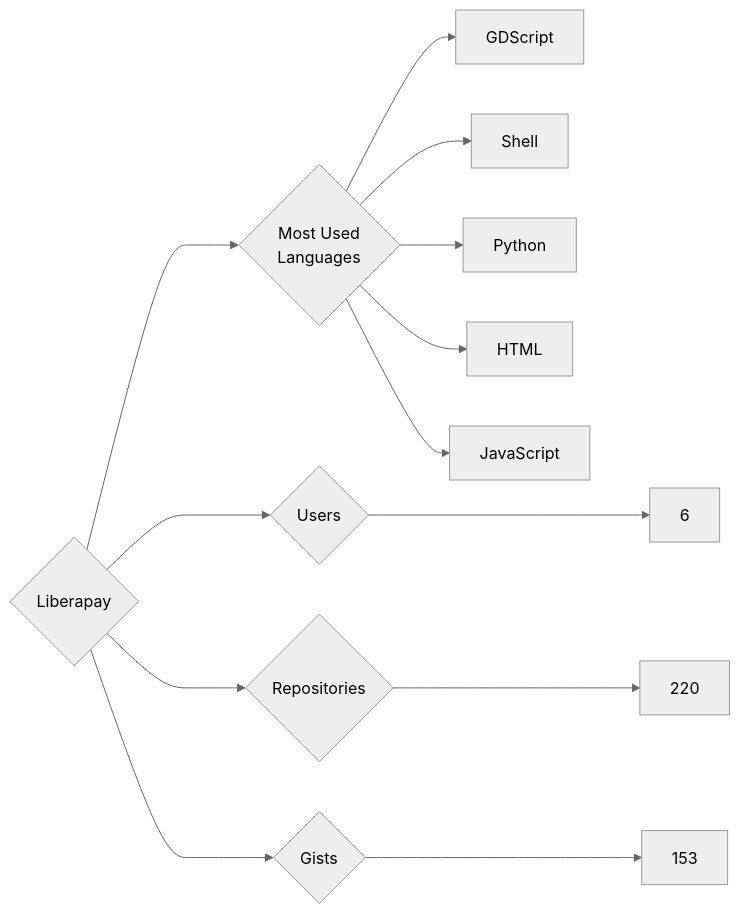
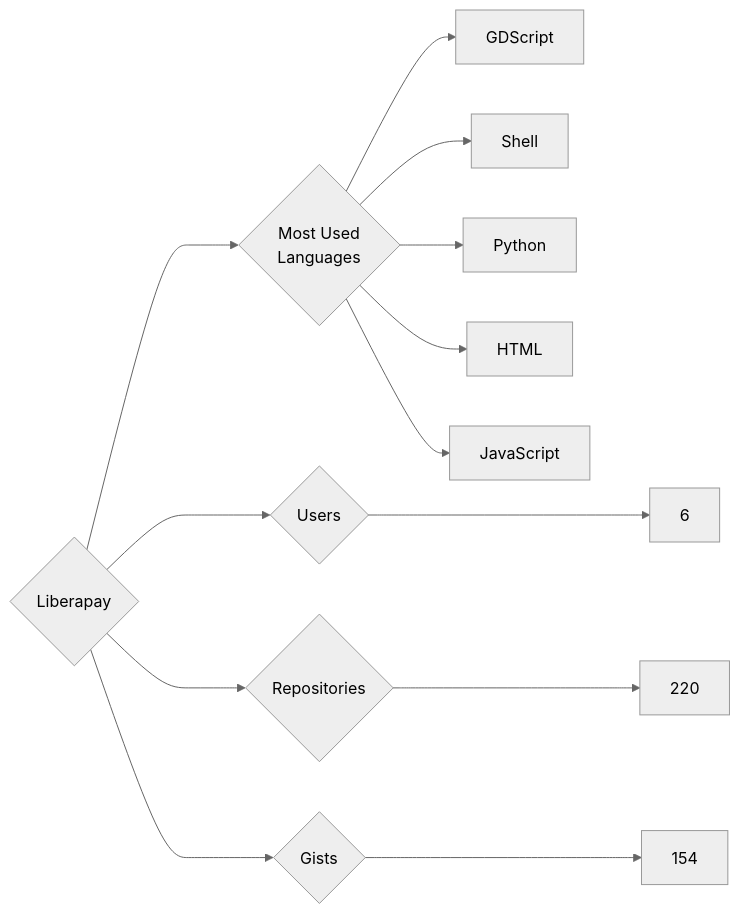
One commit to trickest/insiders changed the diagram in targets/Liberapay/README.md. Above: the diagram before and after it, drawn with Mermaid (neutral theme). The commit also changed 748 other files, not shown here.

````diff
--- a/targets/Liberapay/README.md
+++ b/targets/Liberapay/README.md
@@ -3,13 +3,13 @@
 ```mermaid
 graph LR
 COMPANY_NAME{Liberapay}
 COMPANY_NAME ---> U{Users} ---> UN[6]
 COMPANY_NAME ---> R{Repositories} ---> RN[220]
-COMPANY_NAME ---> G{Gists} ---> GN[153]
+COMPANY_NAME ---> G{Gists} ---> GN[154]
 COMPANY_NAME ---> ML{Most Used<br>Languages}
 ML --> GDScript[GDScript]
 ML --> Shell[Shell]
 ML --> Python[Python]
 ML --> HTML[HTML]
 ML --> JavaScript[JavaScript]
 ```
````
